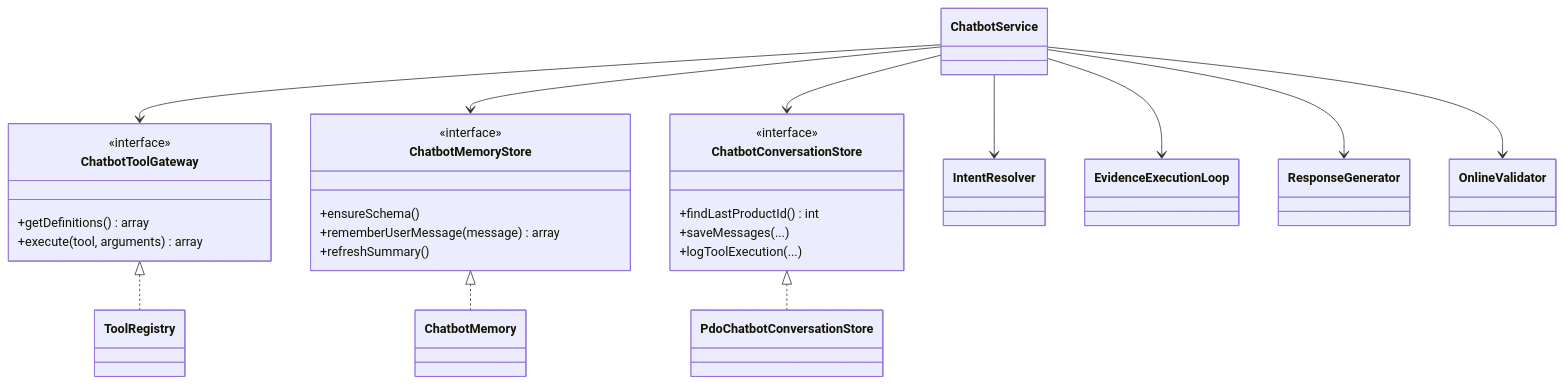
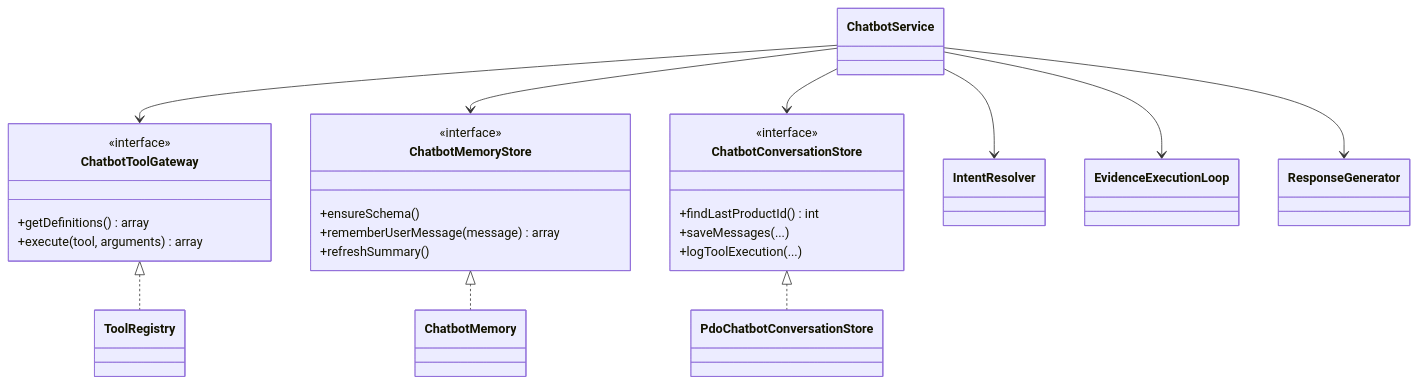
One commit to quyendzvaio/shopquanao changed the third of 4 diagrams in docs/SRS_Chatbot_ISO_IEC_IEEE_29148_2018.md. Above: the diagram before and after it, drawn with Mermaid. The commit also changed other lines of this file and 98 other files, not shown here.

````diff
--- a/docs/SRS_Chatbot_ISO_IEC_IEEE_29148_2018.md
+++ b/docs/SRS_Chatbot_ISO_IEC_IEEE_29148_2018.md
@@ -151,39 +151,37 @@
 ```mermaid
 classDiagram
     class ChatbotService
     class ChatbotToolGateway {
         <<interface>>
         +getDefinitions() array
         +execute(tool, arguments) array
     }
     class ChatbotMemoryStore {
         <<interface>>
         +ensureSchema()
         +rememberUserMessage(message) array
         +refreshSummary()
     }
     class ChatbotConversationStore {
         <<interface>>
         +findLastProductId() int
         +saveMessages(...)
         +logToolExecution(...)
     }
     class ToolRegistry
     class ChatbotMemory
     class PdoChatbotConversationStore
     class IntentResolver
     class EvidenceExecutionLoop
     class ResponseGenerator
-    class OnlineValidator
 
     ChatbotService --> ChatbotToolGateway
     ChatbotService --> ChatbotMemoryStore
     ChatbotService --> ChatbotConversationStore
     ChatbotService --> IntentResolver
     ChatbotService --> EvidenceExecutionLoop
     ChatbotService --> ResponseGenerator
-    ChatbotService --> OnlineValidator
     ChatbotToolGateway <|.. ToolRegistry
     ChatbotMemoryStore <|.. ChatbotMemory
     ChatbotConversationStore <|.. PdoChatbotConversationStore
 ```
````
